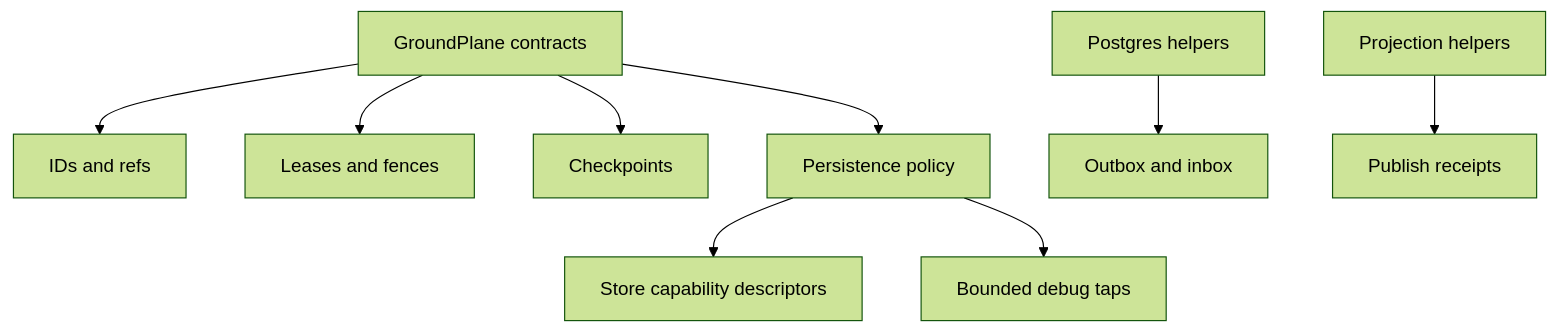
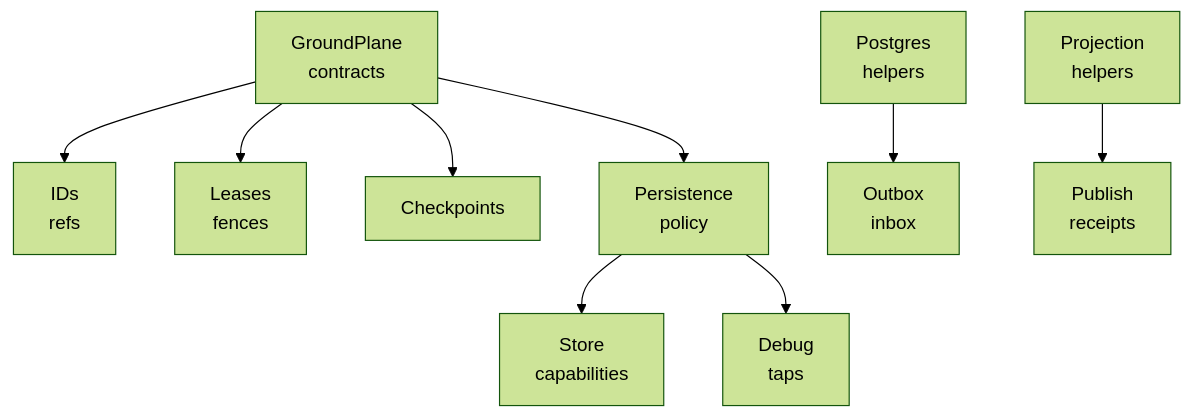
The first of 2 diagrams in README.md (nshkrdotcom/ground_plane), drawn with Mermaid (forest theme) before and after one commit. The commit also changed other lines of this file, not shown here.

Commit message:
docs: wrap README Mermaid labels

````diff
--- a/README.md
+++ b/README.md
@@ -103,11 +103,11 @@
 ```mermaid
 flowchart TD
-  Contracts["GroundPlane contracts"] --> IDs["IDs and refs"]
-  Contracts --> Leases["Leases and fences"]
+  Contracts["GroundPlane<br/>contracts"] --> IDs["IDs<br/>refs"]
+  Contracts --> Leases["Leases<br/>fences"]
   Contracts --> Checkpoints["Checkpoints"]
-  Contracts --> Persistence["Persistence policy"]
-  Persistence --> Store["Store capability descriptors"]
-  Persistence --> Debug["Bounded debug taps"]
-  Postgres["Postgres helpers"] --> Outbox["Outbox and inbox"]
-  Projection["Projection helpers"] --> Receipts["Publish receipts"]
+  Contracts --> Persistence["Persistence<br/>policy"]
+  Persistence --> Store["Store<br/>capabilities"]
+  Persistence --> Debug["Debug<br/>taps"]
+  Postgres["Postgres<br/>helpers"] --> Outbox["Outbox<br/>inbox"]
+  Projection["Projection<br/>helpers"] --> Receipts["Publish<br/>receipts"]
 ```
````
